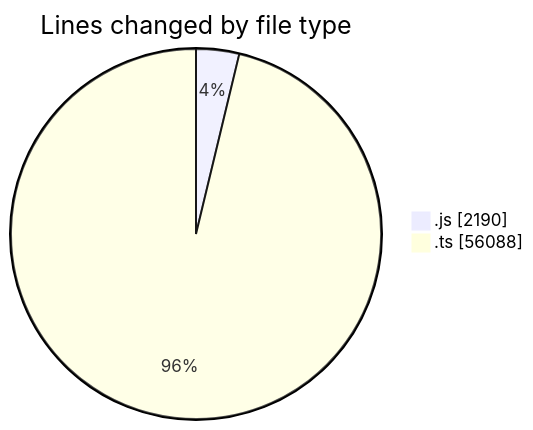
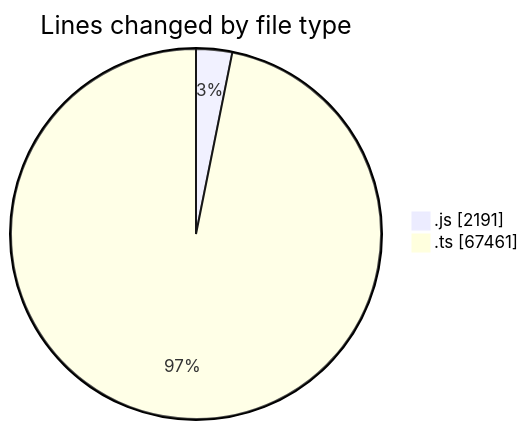
Before and after one commit to momahboobian/code-tracking: the first of 2 diagrams in 2025-06-19/cda/README.md, drawn with Mermaid. The commit also changed other lines of this file and 1 other file, not shown here.

````diff
--- a/2025-06-19/cda/README.md
+++ b/2025-06-19/cda/README.md
@@ -35,6 +36,6 @@
 ```mermaid
 pie showData
 title Lines changed by file type
-".js" : 2190
-".ts" : 56088
+".js" : 2191
+".ts" : 67461
 ```
````
